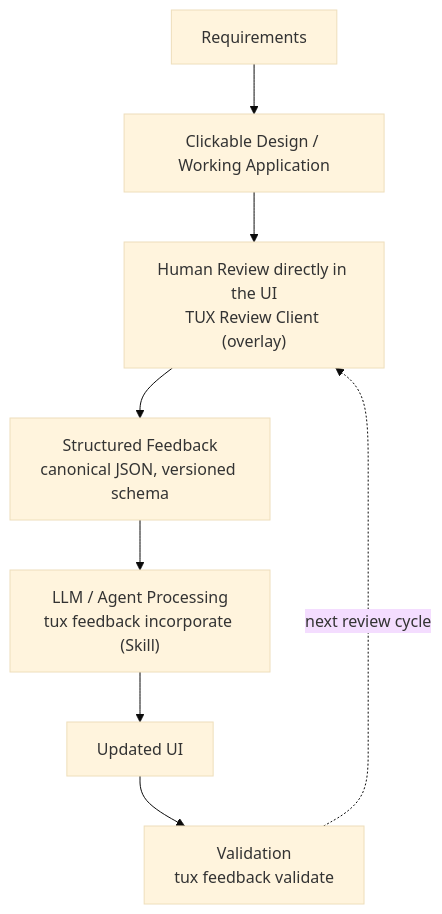
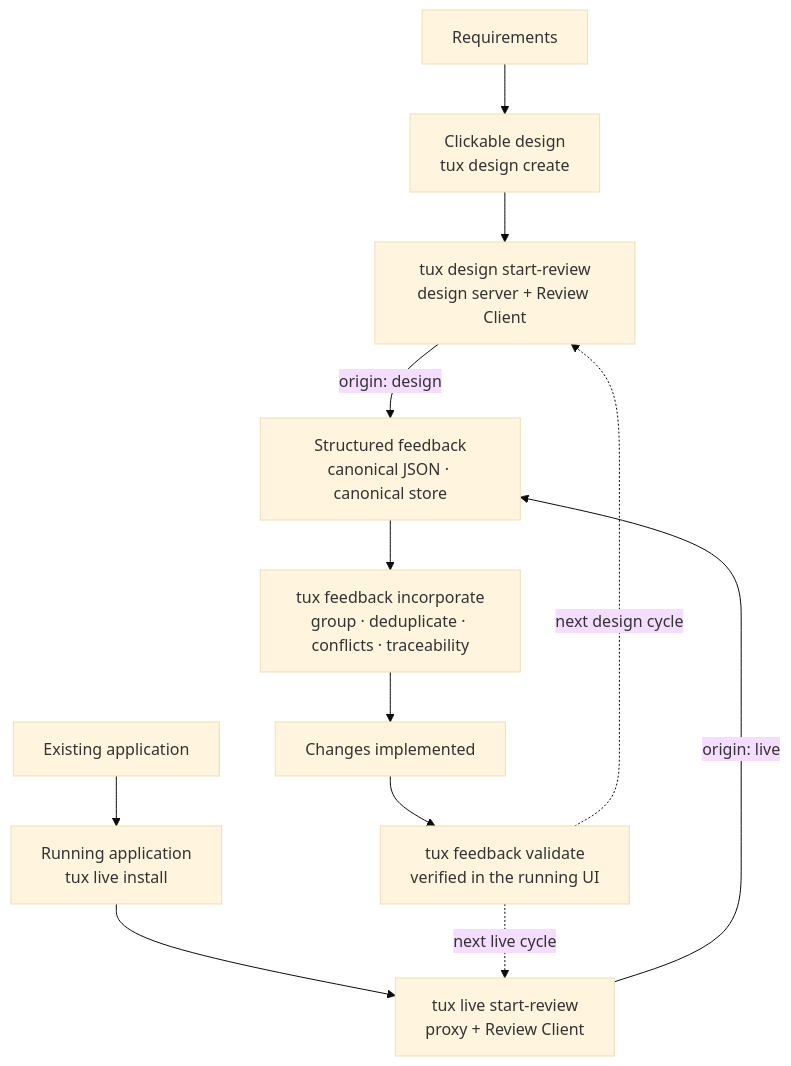
One commit to sommelo1/tux changed the first of 2 diagrams in README.md. Above: the diagram before and after it, drawn with Mermaid (base theme).

Commit message:
README: review cycle diagram shows the design and live cycles
Two parallel lanes (design: create + start-review, live: install +
start-review) merge into the shared feedback/incorporation/validation
core, with origin labels and per-domain next-cycle edges.

````diff
--- a/README.md
+++ b/README.md
@@ -17,13 +17,14 @@
 ```mermaid
 flowchart TD
-    REQ["Requirements"]
-    UI["Clickable Design / Working Application"]
-    REVIEW["Human Review directly in the UI<br>TUX Review Client (overlay)"]
-    FB["Structured Feedback<br>canonical JSON, versioned schema"]
-    AGENT["LLM / Agent Processing<br>tux feedback incorporate (Skill)"]
-    UPDATED["Updated UI"]
-    VALID["Validation<br>tux feedback validate"]
-
-    REQ --> UI --> REVIEW --> FB --> AGENT --> UPDATED --> VALID
-    VALID -. "next review cycle" .-> REVIEW
+    REQ["Requirements"] --> DC["Clickable design<br>tux design create"]
+    APP["Existing application"] --> LI["Running application<br>tux live install"]
+    DC --> DS["tux design start-review<br>design server + Review Client"]
+    LI --> LS["tux live start-review<br>proxy + Review Client"]
+    DS -- "origin: design" --> FB["Structured feedback<br>canonical JSON · canonical store"]
+    LS -- "origin: live" --> FB
+    FB --> INC["tux feedback incorporate<br>group · deduplicate · conflicts · traceability"]
+    INC --> IMPL["Changes implemented"]
+    IMPL --> VAL["tux feedback validate<br>verified in the running UI"]
+    VAL -. "next design cycle" .-> DS
+    VAL -. "next live cycle" .-> LS
 ```
````
